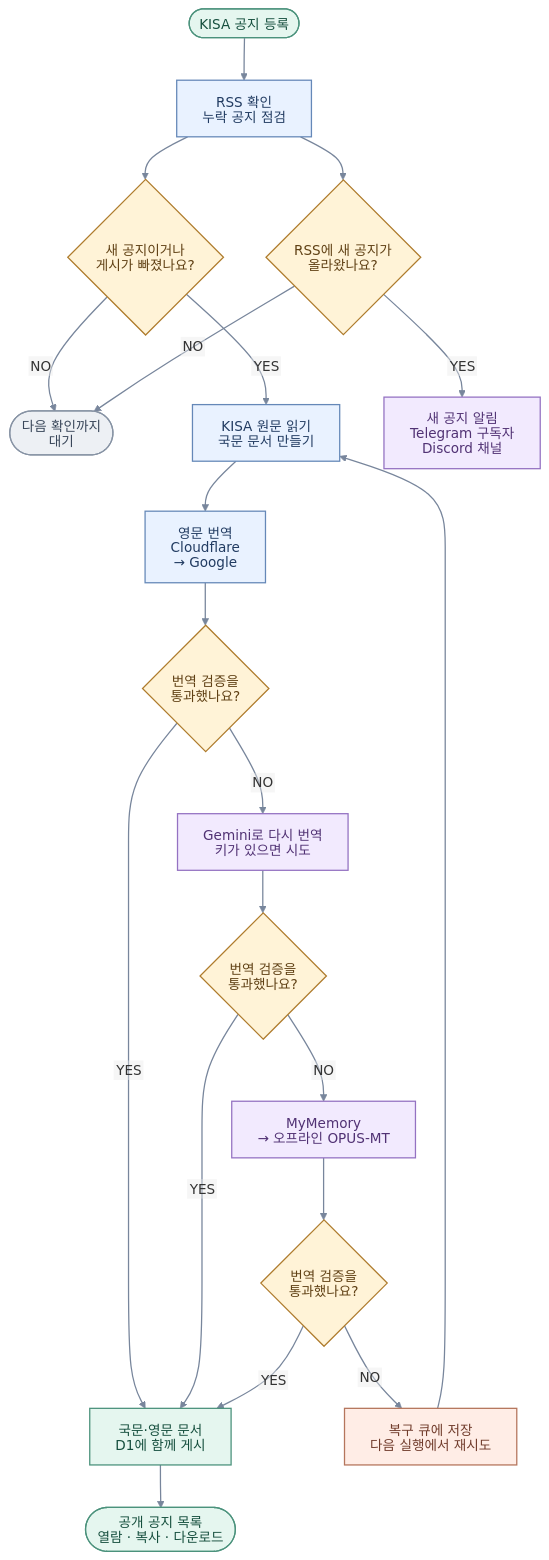
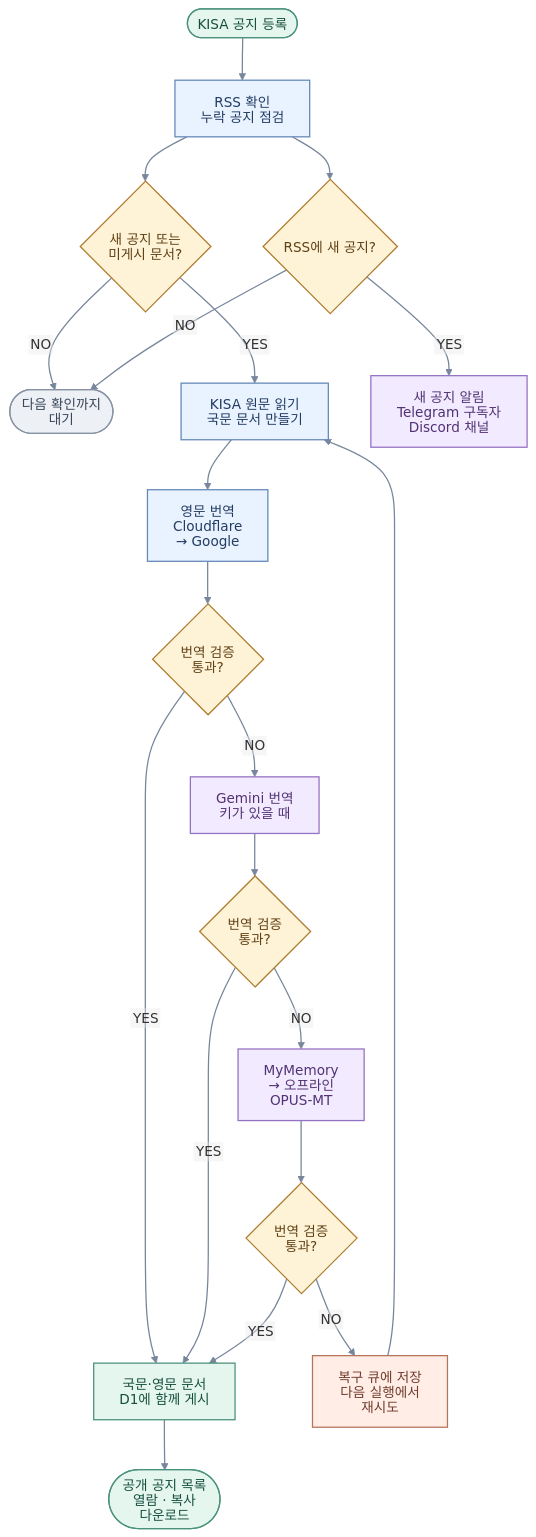
One commit to doraemyon/KISA-Public-Bohonara-Support changed the diagram in README.md. Above: the diagram before and after it, drawn with Mermaid.

Commit message:
Use concise labels in notice decisions

````diff
--- a/README.md
+++ b/README.md
@@ -32,40 +32,40 @@
 ```mermaid
 ---
 config:
   htmlLabels: false
 ---
 flowchart TD
     A(["KISA 공지 등록"]) --> B["RSS 확인<br/>누락 공지 점검"]
-    B --> C{"새 공지이거나<br/>게시가 빠졌나요?"}
+    B --> C{"새 공지 또는<br/>미게시 문서?"}
     C -->|NO| D(["다음 확인까지<br/>대기"])
     C -->|YES| E["KISA 원문 읽기<br/>국문 문서 만들기"]
     E --> F["영문 번역<br/>Cloudflare<br/>→ Google"]
-    F --> G{"번역 검증을<br/>통과했나요?"}
+    F --> G{"번역 검증<br/>통과?"}
     G -->|YES| L["국문·영문 문서<br/>D1에 함께 게시"]
-    G -->|NO| H["Gemini로 다시 번역<br/>키가 있으면 시도"]
-    H --> I{"번역 검증을<br/>통과했나요?"}
+    G -->|NO| H["Gemini 번역<br/>키가 있을 때"]
+    H --> I{"번역 검증<br/>통과?"}
     I -->|YES| L
-    I -->|NO| J["MyMemory<br/>→ 오프라인 OPUS-MT"]
-    J --> K{"번역 검증을<br/>통과했나요?"}
+    I -->|NO| J["MyMemory<br/>→ 오프라인<br/>OPUS-MT"]
+    J --> K{"번역 검증<br/>통과?"}
     K -->|YES| L
-    K -->|NO| M["복구 큐에 저장<br/>다음 실행에서 재시도"]
+    K -->|NO| M["복구 큐에 저장<br/>다음 실행에서<br/>재시도"]
     M --> E
-    L --> N(["공개 공지 목록<br/>열람 · 복사 · 다운로드"])
-    B --> O{"RSS에 새 공지가<br/>올라왔나요?"}
+    L --> N(["공개 공지 목록<br/>열람 · 복사<br/>다운로드"])
+    B --> O{"RSS에 새 공지?"}
     O -->|YES| P["새 공지 알림<br/>Telegram 구독자<br/>Discord 채널"]
     O -->|NO| D
 
     classDef entry fill:#E5F6EF,stroke:#4B927C,color:#164F3E,stroke-width:1.5px,font-weight:600;
     classDef step fill:#E9F2FF,stroke:#6588B8,color:#223C62,stroke-width:1.5px;
     classDef choice fill:#FFF3D7,stroke:#AF7C2D,color:#604115,stroke-width:1.5px,font-weight:600;
     classDef alternate fill:#F2EAFE,stroke:#9472C2,color:#513274,stroke-width:1.5px;
     classDef retry fill:#FFEDE6,stroke:#B5755C,color:#713C2C,stroke-width:1.5px;
     classDef idle fill:#EDF0F4,stroke:#8793A4,color:#3A475A,stroke-width:1.5px;
     class A,L,N entry;
     class B,E,F step;
     class C,G,I,K,O choice;
     class H,J,P alternate;
     class M retry;
     class D idle;
     linkStyle default stroke:#78869C,stroke-width:1.5px;
 ```
````
